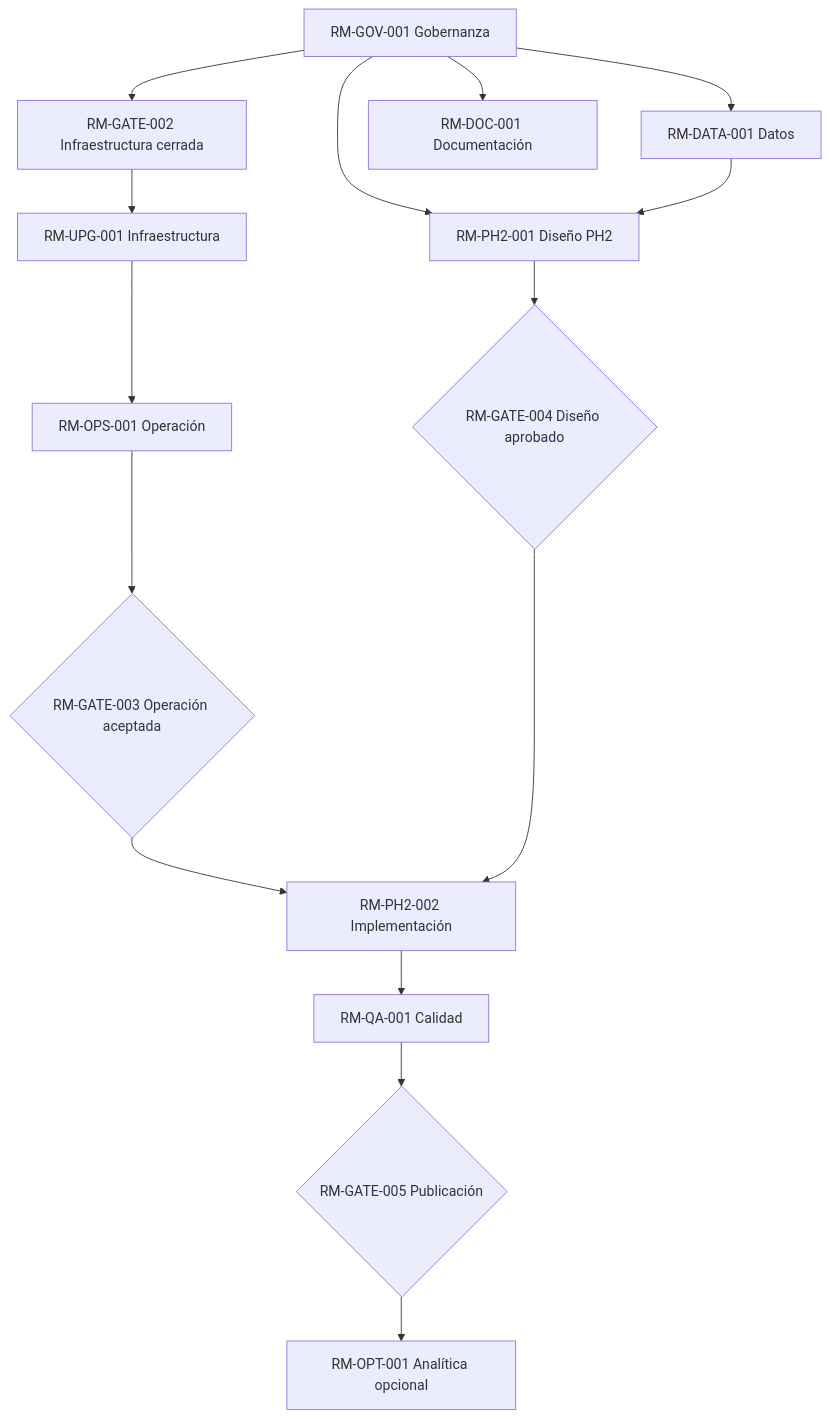
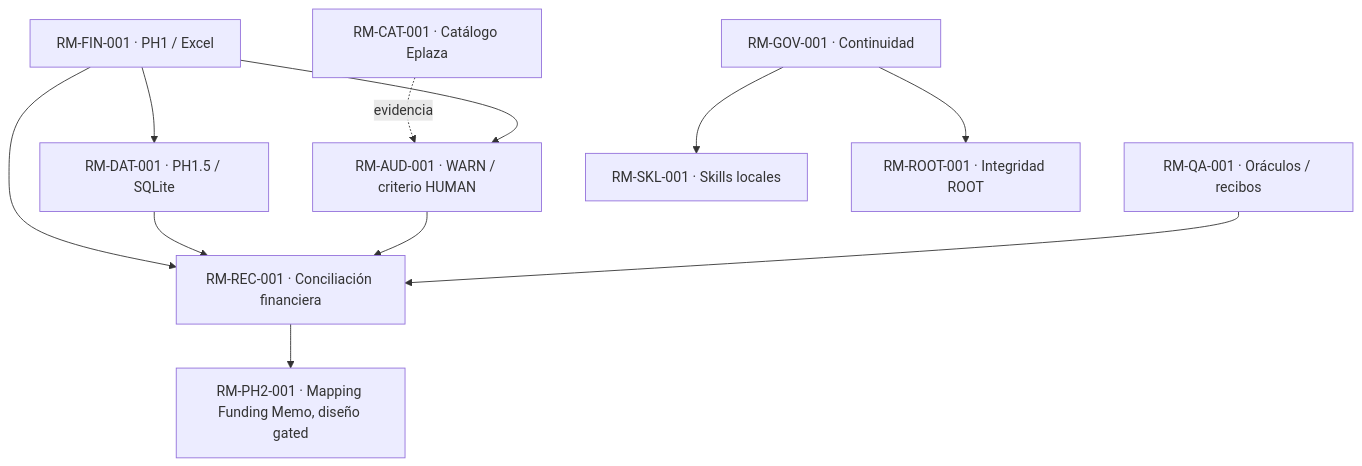
One commit to PSM44/KT.MovemAcc changed diagram 11 of 13 in 03_DOCS/MANAGEMENT/ROADMAP_INTEGRAL.md. Above: the diagram before and after it, drawn with Mermaid. The commit also changed other lines of this file and 4 other files, not shown here.

Commit message:
docs(ktma): synchronize approved roadmap MR0 HO1 and baton

````diff
--- a/03_DOCS/MANAGEMENT/ROADMAP_INTEGRAL.md
+++ b/03_DOCS/MANAGEMENT/ROADMAP_INTEGRAL.md
@@ -60,17 +809,13 @@
 ```mermaid
 flowchart TB
- RM_GOV_001[RM-GOV-001 Gobernanza] --> RM_GATE_002[RM-GATE-002 Infraestructura cerrada]
- RM_GATE_002 --> RM_UPG_001[RM-UPG-001 Infraestructura]
- RM_GOV_001 --> RM_DATA_001[RM-DATA-001 Datos]
- RM_GOV_001 --> RM_DOC_001[RM-DOC-001 Documentación]
- RM_GOV_001 --> RM_PH2_001[RM-PH2-001 Diseño PH2]
- RM_UPG_001 --> RM_OPS_001[RM-OPS-001 Operación]
- RM_OPS_001 --> RM_GATE_003{RM-GATE-003 Operación aceptada}
- RM_DATA_001 --> RM_PH2_001
- RM_PH2_001 --> RM_GATE_004{RM-GATE-004 Diseño aprobado}
- RM_GATE_003 --> RM_PH2_002[RM-PH2-002 Implementación]
- RM_GATE_004 --> RM_PH2_002
- RM_PH2_002 --> RM_QA_001[RM-QA-001 Calidad]
- RM_QA_001 --> RM_GATE_005{RM-GATE-005 Publicación}
- RM_GATE_005 --> RM_OPT_001[RM-OPT-001 Analítica opcional]
+ RAW["RM-FIN-001 · PH1 / Excel"] --> DB["RM-DAT-001 · PH1.5 / SQLite"]
+ CAT["RM-CAT-001 · Catálogo Eplaza"] -. evidencia .-> AUD["RM-AUD-001 · WARN / criterio HUMAN"]
+ RAW --> AUD
+ RAW --> REC["RM-REC-001 · Conciliación financiera"]
+ DB --> REC
+ AUD --> REC
+ REC --> PH2["RM-PH2-001 · Mapping Funding Memo, diseño gated"]
+ QA["RM-QA-001 · Oráculos / recibos"] --> REC
+ GOV["RM-GOV-001 · Continuidad"] --> SKL["RM-SKL-001 · Skills locales"]
+ GOV --> ROOT["RM-ROOT-001 · Integridad ROOT"]
 ```
````
